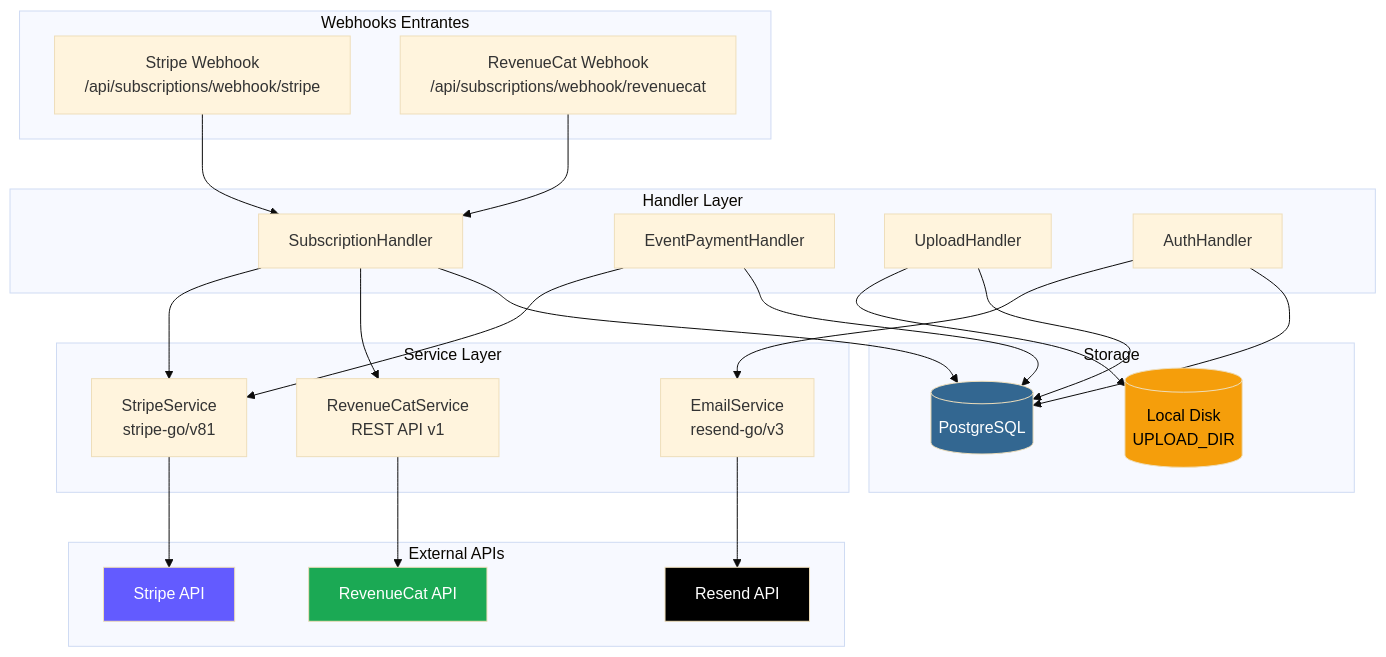
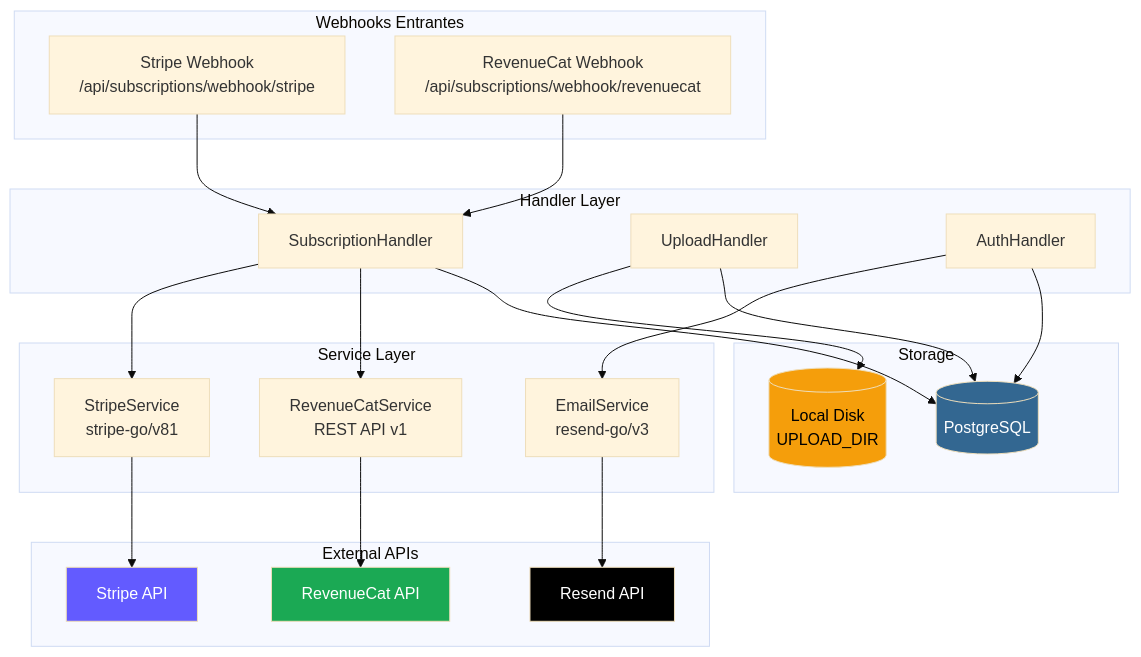
The seventh of 7 diagrams in obsidian/Solennix/Backend/Integraciones.md (tiagofur/solennix), drawn with Mermaid (base theme) before and after one commit. The commit also changed other lines of this file and 12 other files, not shown here.

````diff
--- a/obsidian/Solennix/Backend/Integraciones.md
+++ b/obsidian/Solennix/Backend/Integraciones.md
@@ -363,54 +341,51 @@
 ```mermaid
 graph TB
     subgraph Webhooks Entrantes
         SW[Stripe Webhook<br/>/api/subscriptions/webhook/stripe]
         RW[RevenueCat Webhook<br/>/api/subscriptions/webhook/revenuecat]
     end
 
     subgraph Handler Layer
         SH[SubscriptionHandler]
-        EPH[EventPaymentHandler]
         UH[UploadHandler]
         AH[AuthHandler]
     end
 
     subgraph Service Layer
         SS[StripeService<br/>stripe-go/v81]
         RCS[RevenueCatService<br/>REST API v1]
         EMS[EmailService<br/>resend-go/v3]
     end
 
     subgraph Storage
         DB[(PostgreSQL)]
         DISK[(Local Disk<br/>UPLOAD_DIR)]
     end
 
     subgraph External APIs
         STRIPE[Stripe API]
         RC_API[RevenueCat API]
         RESEND[Resend API]
     end
 
     SW --> SH
     RW --> SH
     SH --> SS
     SH --> RCS
-    EPH --> SS
     AH --> EMS
 
     SS --> STRIPE
     RCS --> RC_API
     EMS --> RESEND
 
     SH --> DB
-    EPH --> DB
     AH --> DB
     UH --> DISK
     UH --> DB
 
     style STRIPE fill:#635bff,color:#fff
     style RC_API fill:#1ba954,color:#fff
     style RESEND fill:#000,color:#fff
     style DISK fill:#f59e0b,color:#000
     style DB fill:#336791,color:#fff
 ```
````
